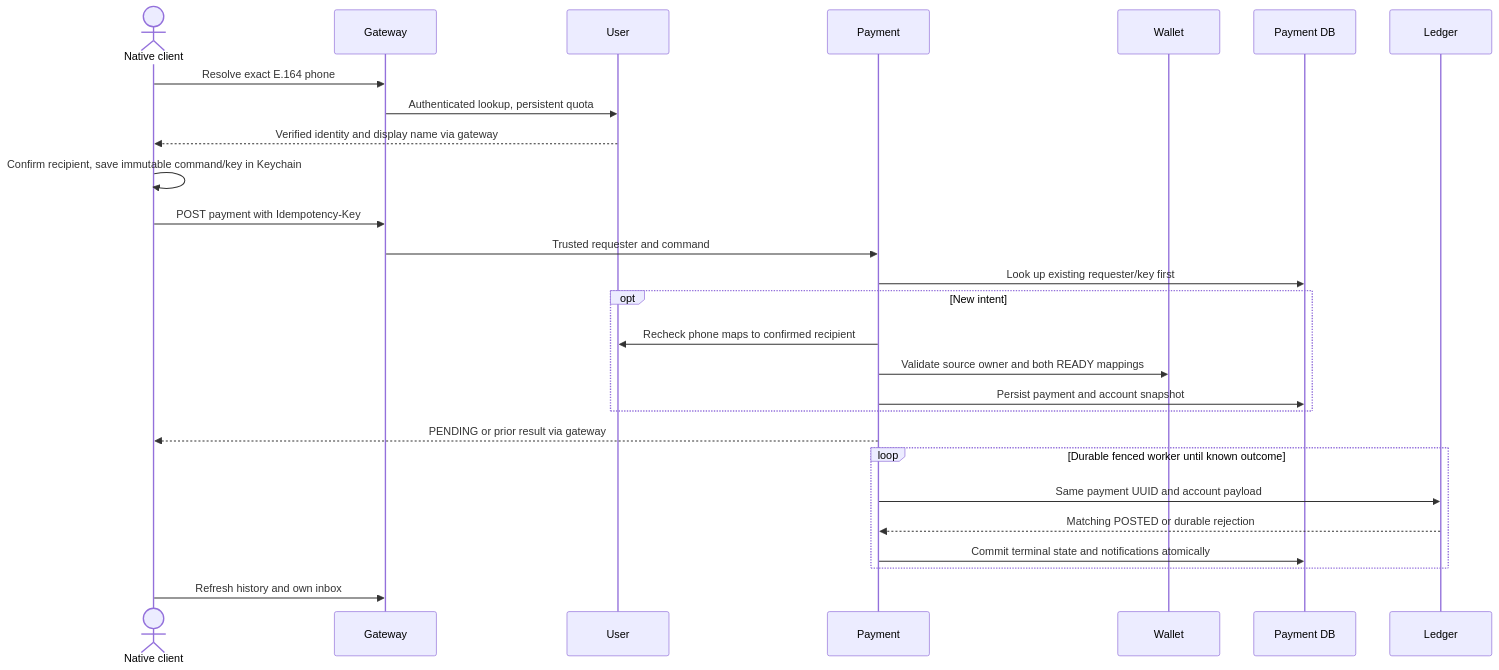
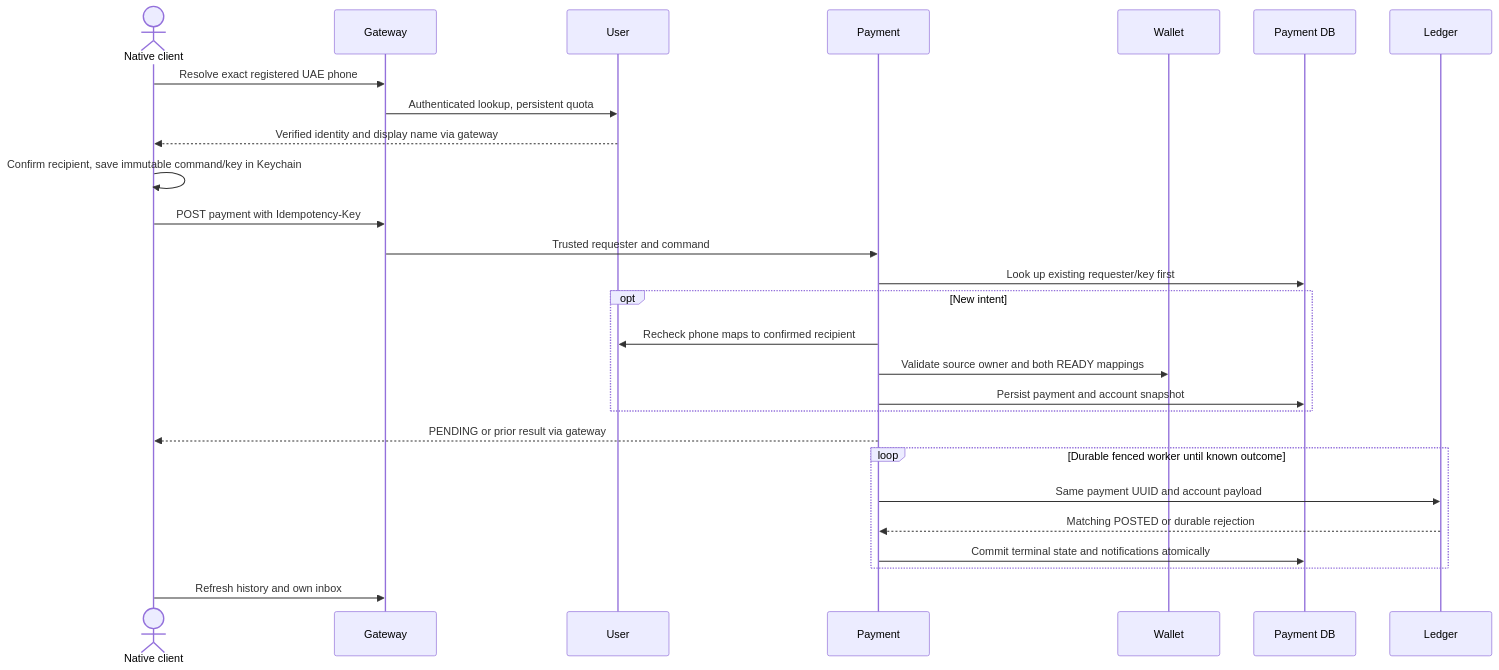
Diagram 11 of 15 in ARCHITECTURE.md (aarbabaev/ArMoney), drawn with Mermaid before and after one commit. The commit also changed other lines of this file and 66 other files, not shown here.

Commit message:
Require unique UAE registration phones and bind phone recipients

````diff
--- a/ARCHITECTURE.md
+++ b/ARCHITECTURE.md
@@ -375,29 +399,29 @@
 ```mermaid
 sequenceDiagram
     actor C as Native client
     participant G as Gateway
     participant U as User
     participant P as Payment
     participant W as Wallet
     participant DB as Payment DB
     participant L as Ledger
-    C->>G: Resolve exact E.164 phone
+    C->>G: Resolve exact registered UAE phone
     G->>U: Authenticated lookup, persistent quota
     U-->>C: Verified identity and display name via gateway
     C->>C: Confirm recipient, save immutable command/key in Keychain
     C->>G: POST payment with Idempotency-Key
     G->>P: Trusted requester and command
     P->>DB: Look up existing requester/key first
     opt New intent
         P->>U: Recheck phone maps to confirmed recipient
         P->>W: Validate source owner and both READY mappings
         P->>DB: Persist payment and account snapshot
     end
     P-->>C: PENDING or prior result via gateway
     loop Durable fenced worker until known outcome
         P->>L: Same payment UUID and account payload
         L-->>P: Matching POSTED or durable rejection
         P->>DB: Commit terminal state and notifications atomically
     end
     C->>G: Refresh history and own inbox
 ```
````
